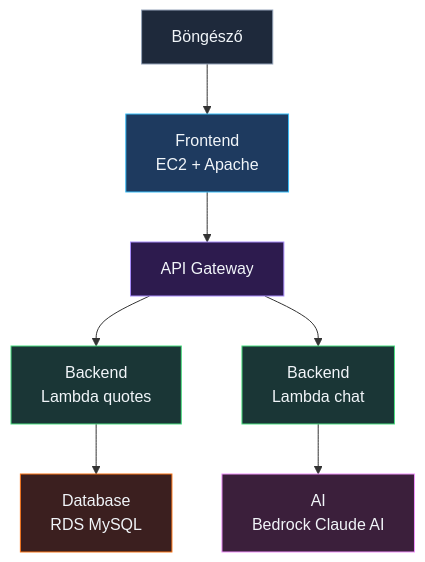
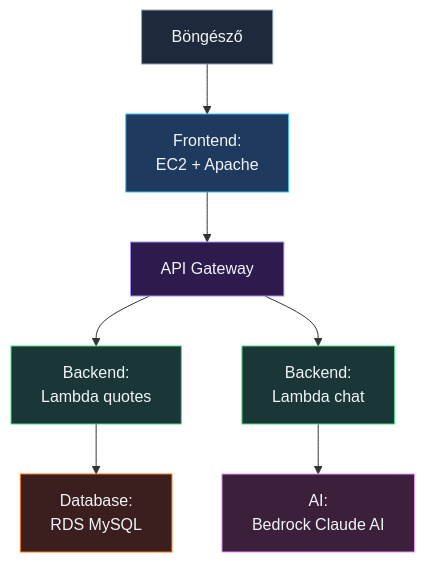
The diagram in README.md (cloudsteak/trn-aws-workshop), drawn with Mermaid before and after one commit. The commit also changed other lines of this file and 2 other files, not shown here.

````diff
--- a/README.md
+++ b/README.md
@@ -10,25 +10,25 @@
 ```mermaid
 graph TD
     Browser["Böngésző"]
-    EC2["Frontend<br/>EC2 + Apache"]
+    EC2["Frontend:<br/>EC2 + Apache"]
     APIGW["API Gateway"]
-    LambdaQ["Backend<br/>Lambda quotes"]
-    LambdaC["Backend<br/>Lambda chat"]
-    RDS["Database<br/>RDS MySQL"]
-    Bedrock["AI<br/>Bedrock Claude AI"]
+    LambdaQ["Backend:<br/>Lambda quotes"]
+    LambdaC["Backend:<br/>Lambda chat"]
+    RDS["Database:<br/>RDS MySQL"]
+    Bedrock["AI:<br/>Bedrock Claude AI"]
 
     Browser --> EC2
     EC2 --> APIGW
     APIGW --> LambdaQ
     APIGW --> LambdaC
     LambdaQ --> RDS
     LambdaC --> Bedrock
 
     style Browser fill:#1e293b,stroke:#94a3b8,color:#f1f5f9
     style EC2 fill:#1e3a5f,stroke:#38bdf8,color:#f1f5f9
     style APIGW fill:#2d1b4e,stroke:#a78bfa,color:#f1f5f9
     style LambdaQ fill:#1a3636,stroke:#4ade80,color:#f1f5f9
     style LambdaC fill:#1a3636,stroke:#4ade80,color:#f1f5f9
     style RDS fill:#3b1f1f,stroke:#f97316,color:#f1f5f9
     style Bedrock fill:#3b1f3b,stroke:#f093fb,color:#f1f5f9
 ```
````
